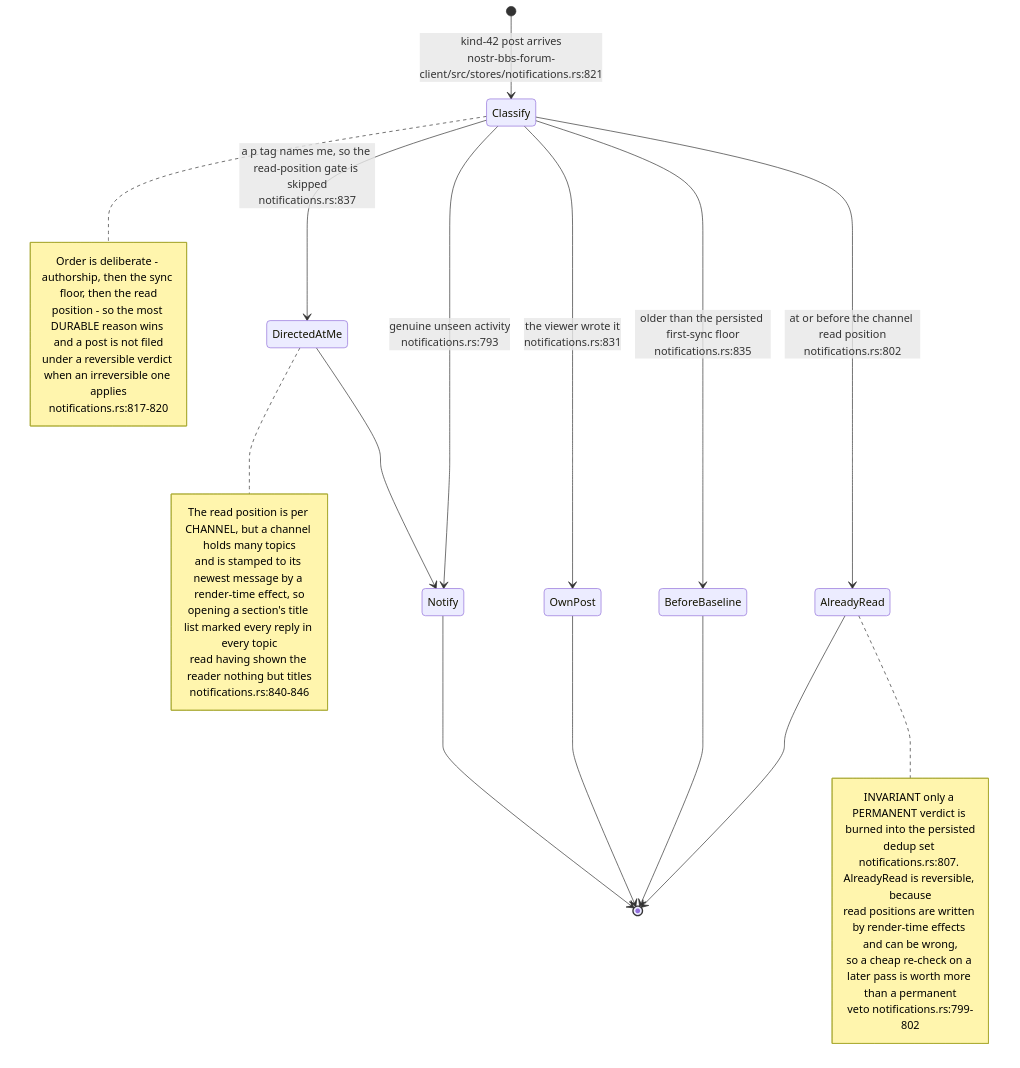
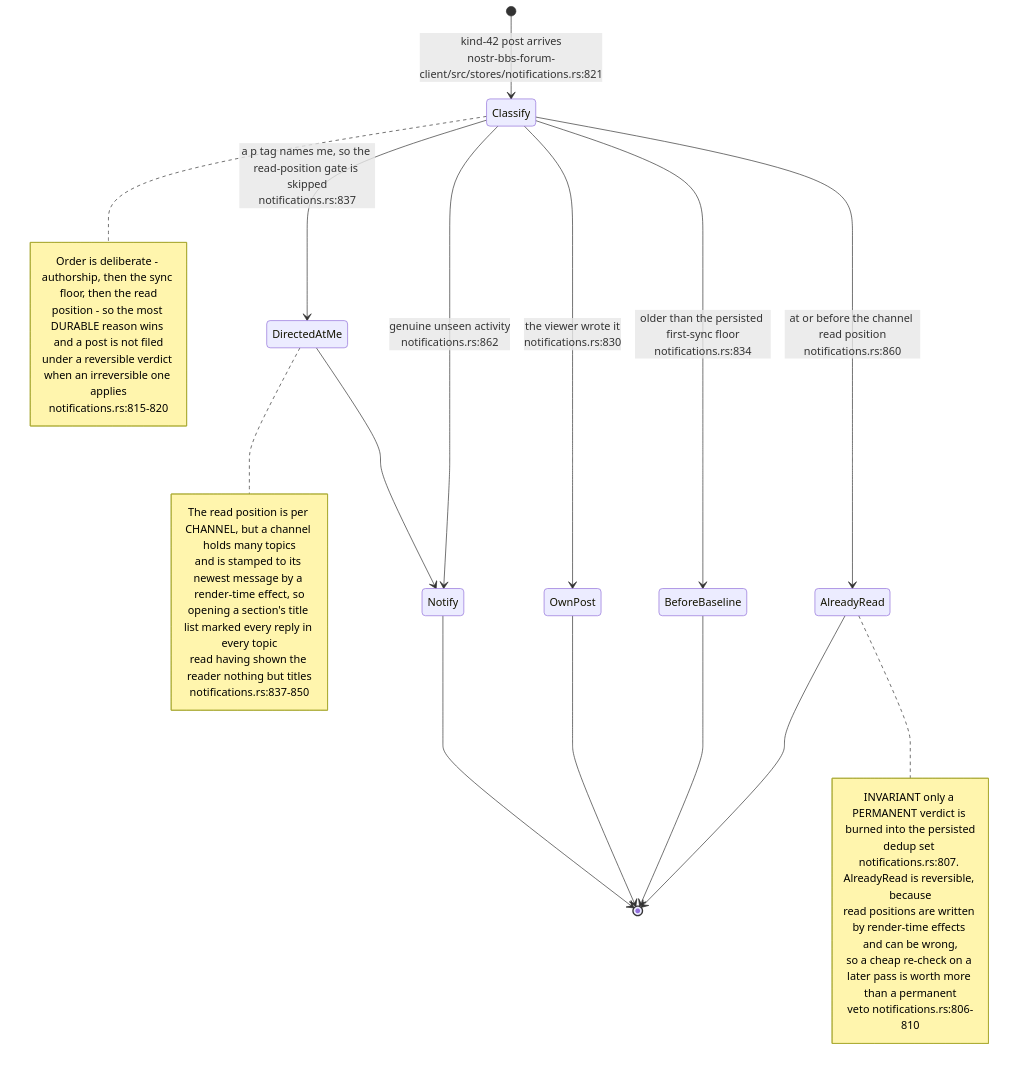
Diagram 13 of 16 in docs/diagrams/nostr-rust-forum/05-leptos-clients-onboarding-messaging-governance.md (DreamLab-AI/VisionFlow), drawn with Mermaid before and after one commit. The commit also changed other lines of this file and 136 other files, not shown here.

First line of the commit message:
docs(diagrams): refresh the whole corpus to code HEAD and prune low-value diagrams

````diff
--- a/docs/diagrams/nostr-rust-forum/05-leptos-clients-onboarding-messaging-governance.md
+++ b/docs/diagrams/nostr-rust-forum/05-leptos-clients-onboarding-messaging-governance.md
@@ -384,35 +409,35 @@
 ```mermaid
 stateDiagram-v2
     [*] --> Classify: kind-42 post arrives<br/>nostr-bbs-forum-client/src/stores/notifications.rs:821
-    Classify --> OwnPost: the viewer wrote it<br/>notifications.rs:831
-    Classify --> BeforeBaseline: older than the persisted first-sync floor<br/>notifications.rs:835
+    Classify --> OwnPost: the viewer wrote it<br/>notifications.rs:830
+    Classify --> BeforeBaseline: older than the persisted first-sync floor<br/>notifications.rs:834
     Classify --> DirectedAtMe: a p tag names me, so the read-position gate is skipped<br/>notifications.rs:837
-    Classify --> AlreadyRead: at or before the channel read position<br/>notifications.rs:802
+    Classify --> AlreadyRead: at or before the channel read position<br/>notifications.rs:860
     DirectedAtMe --> Notify
-    Classify --> Notify: genuine unseen activity<br/>notifications.rs:793
+    Classify --> Notify: genuine unseen activity<br/>notifications.rs:862
     Notify --> [*]
     OwnPost --> [*]
     BeforeBaseline --> [*]
     AlreadyRead --> [*]
 
     note right of AlreadyRead
         INVARIANT only a PERMANENT verdict is burned into the persisted
         dedup set notifications.rs:807. AlreadyRead is reversible, because
         read positions are written by render-time effects and can be wrong,
         so a cheap re-check on a later pass is worth more than a permanent
-        veto notifications.rs:799-802
+        veto notifications.rs:806-810
     end note
     note right of DirectedAtMe
         The read position is per CHANNEL, but a channel holds many topics
         and is stamped to its newest message by a render-time effect, so
         opening a section's title list marked every reply in every topic
         read having shown the reader nothing but titles
-        notifications.rs:840-846
+        notifications.rs:837-850
     end note
     note right of Classify
         Order is deliberate - authorship, then the sync floor, then the read
         position - so the most DURABLE reason wins and a post is not filed
         under a reversible verdict when an irreversible one applies
-        notifications.rs:817-820
+        notifications.rs:815-820
     end note
 ```
````
